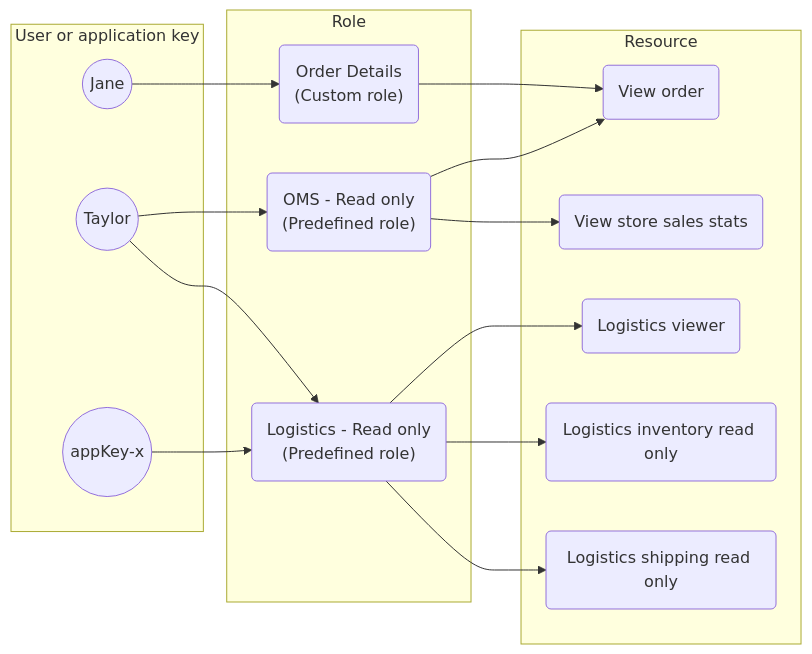
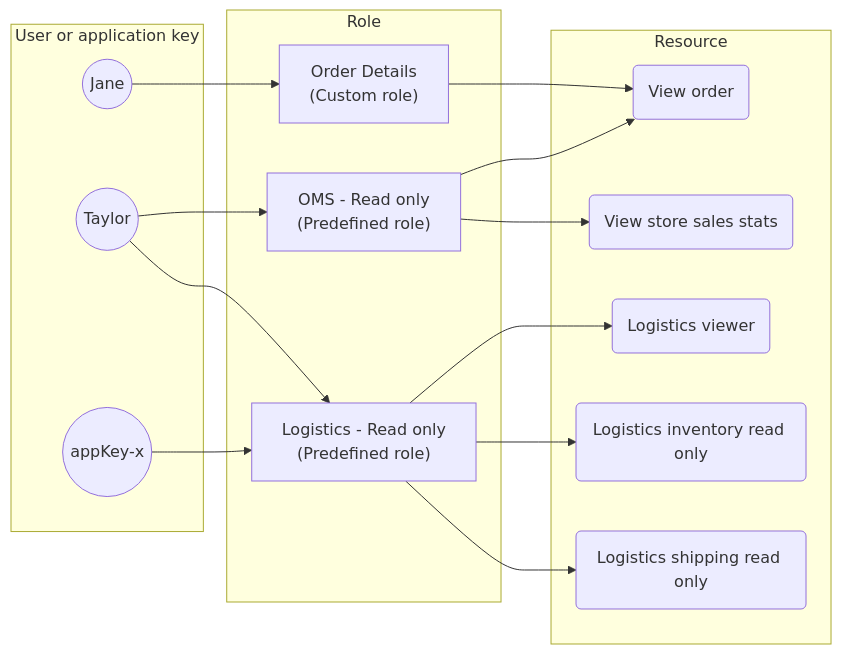
The diagram in docs/guides/VTEX-Platform-Overview/security.md (vtexdocs/dev-portal-content), drawn with Mermaid before and after one commit.

Commit message:
fix mermaid diagram

````diff
--- a/docs/guides/VTEX-Platform-Overview/security.md
+++ b/docs/guides/VTEX-Platform-Overview/security.md
@@ -85,33 +85,33 @@
 ```mermaid
 graph LR
 subgraph User or application key
 A((Jane))
 B((Taylor))
 C((appKey-x))
 end
 
 subgraph Role
-D(Order Details
-&lpar;Custom role&rpar;)
-E(OMS - Read only
-&lpar;Predefined role&rpar;)
-F(Logistics - Read only
-&lpar;Predefined role&rpar;)
+D["Order Details
+(Custom role)"]
+E["OMS - Read only
+(Predefined role)"]
+F["Logistics - Read only
+(Predefined role)"]
 end
 
 subgraph Resource
 G(View store sales stats)
 H(View order)
 I(Logistics viewer)
 J(Logistics inventory read only)
 K(Logistics shipping read only)
 end
 
 A --> D --> H
 B --> E --> H
 E --> G
 C --> F --> I
 B --> F
 F --> J
 F --> K
 ```
````
